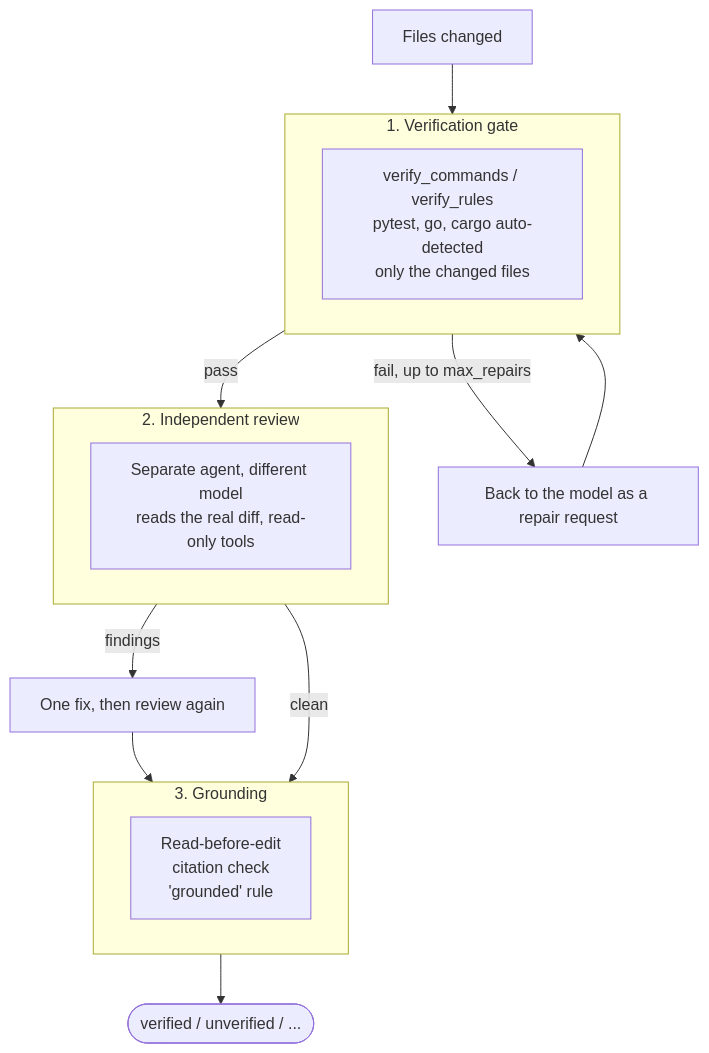
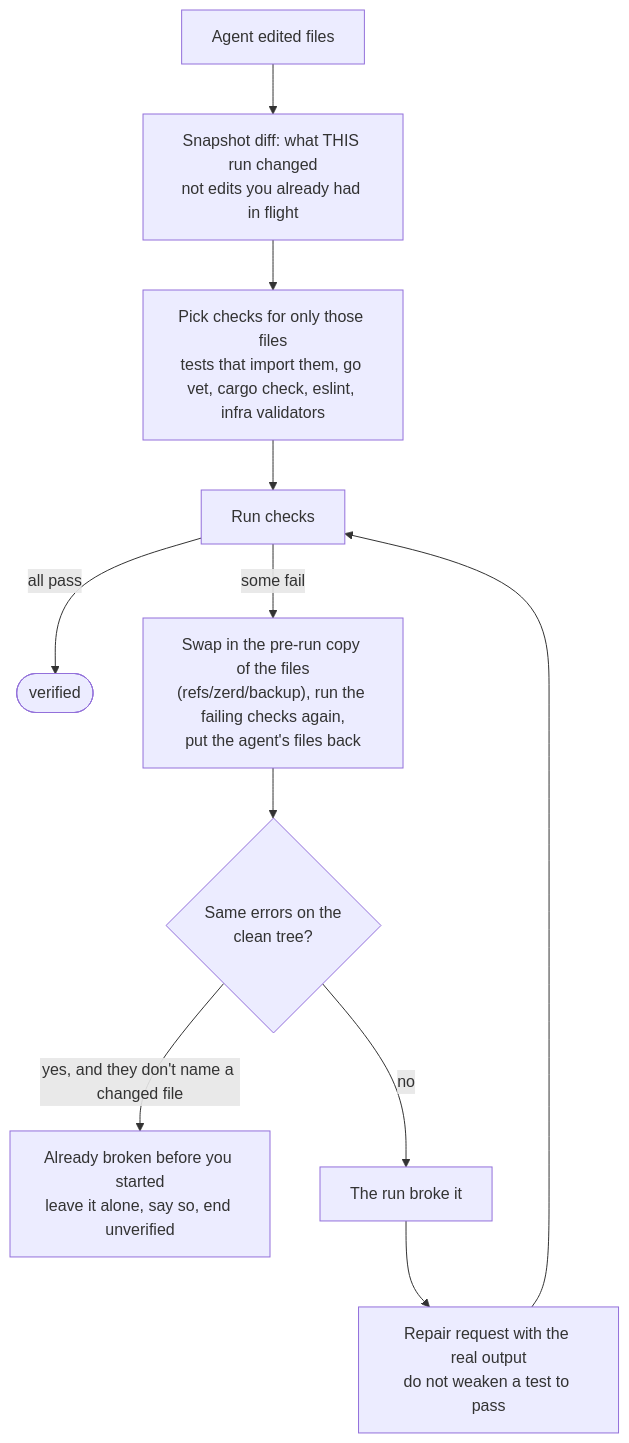
Before and after one commit to Adityaadpandey/melon-harness: the fourth of 10 diagrams in README.md, drawn with Mermaid. The commit also changed other lines of this file, not shown here.

Commit message:
README: rewrite around checked work, add the MiniMax M3 vs Sonnet 5.5 webhook round and diagrams for the flow, verify, review, context, memory, routing and safety

````diff
--- a/README.md
+++ b/README.md
@@ -524,20 +286,13 @@
 ```mermaid
 flowchart TB
-    EDIT[Files changed] --> G1
-    subgraph G1["1. Verification gate"]
-        C1["verify_commands / verify_rules<br/>pytest, go, cargo auto-detected<br/>only the changed files"]
-    end
-    G1 -->|fail, up to max_repairs| REP[Back to the model as a repair request]
-    REP --> G1
-    G1 -->|pass| G2
-    subgraph G2["2. Independent review"]
-        C2["Separate agent, different model<br/>reads the real diff, read-only tools"]
-    end
-    G2 -->|findings| REP2[One fix, then review again]
-    REP2 --> G3
-    G2 -->|clean| G3
-    subgraph G3["3. Grounding"]
-        C3["Read-before-edit<br/>citation check<br/>'grounded' rule"]
-    end
-    G3 --> OUT([verified / unverified / ...])
+    E["Agent edited files"] --> S["Snapshot diff: what THIS run changed<br/>not edits you already had in flight"]
+    S --> P["Pick checks for only those files<br/>tests that import them, go vet, cargo check, eslint, infra validators"]
+    P --> RUN["Run checks"]
+    RUN -->|all pass| OK(["verified"])
+    RUN -->|some fail| BASE["Swap in the pre-run copy of the files<br/>(refs/zerd/backup), run the failing checks again,<br/>put the agent's files back"]
+    BASE --> Q{"Same errors on the<br/>clean tree?"}
+    Q -->|"yes, and they don't name a changed file"| OLD["Already broken before you started<br/>leave it alone, say so, end unverified"]
+    Q -->|no| NEW["The run broke it"]
+    NEW --> REP["Repair request with the real output<br/>do not weaken a test to pass"]
+    REP --> RUN
 ```
````
